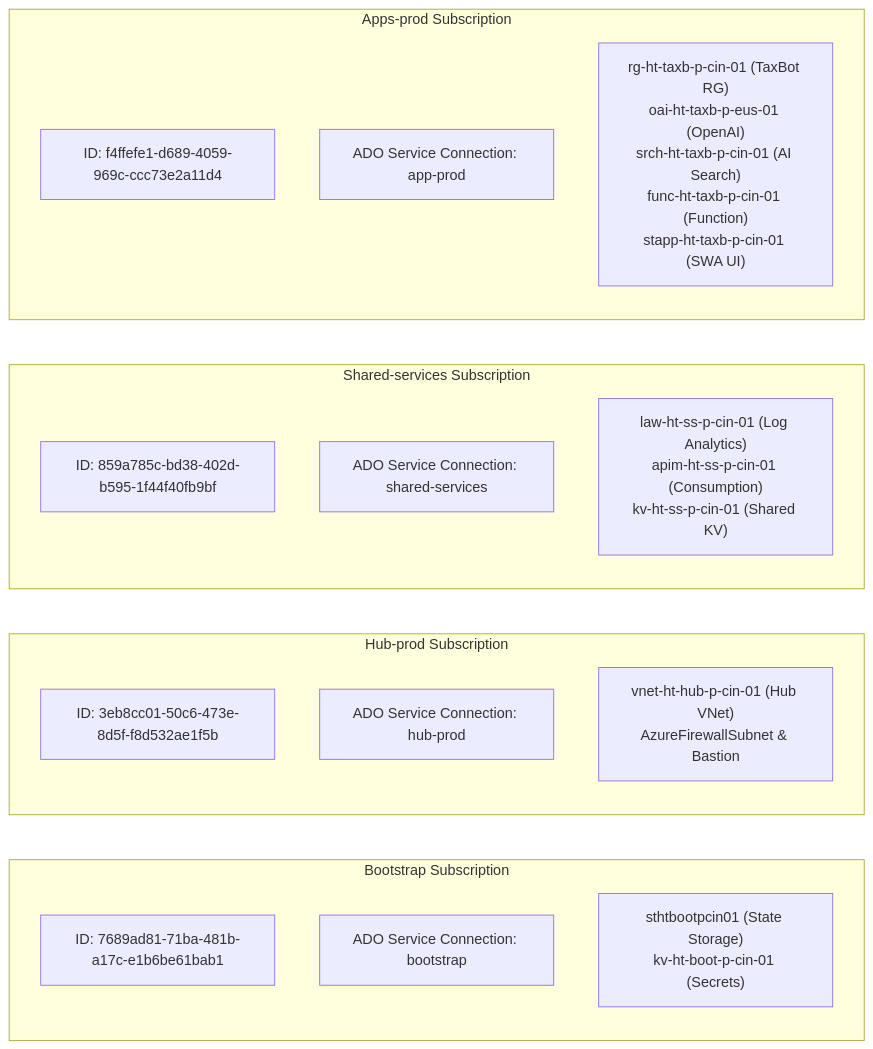
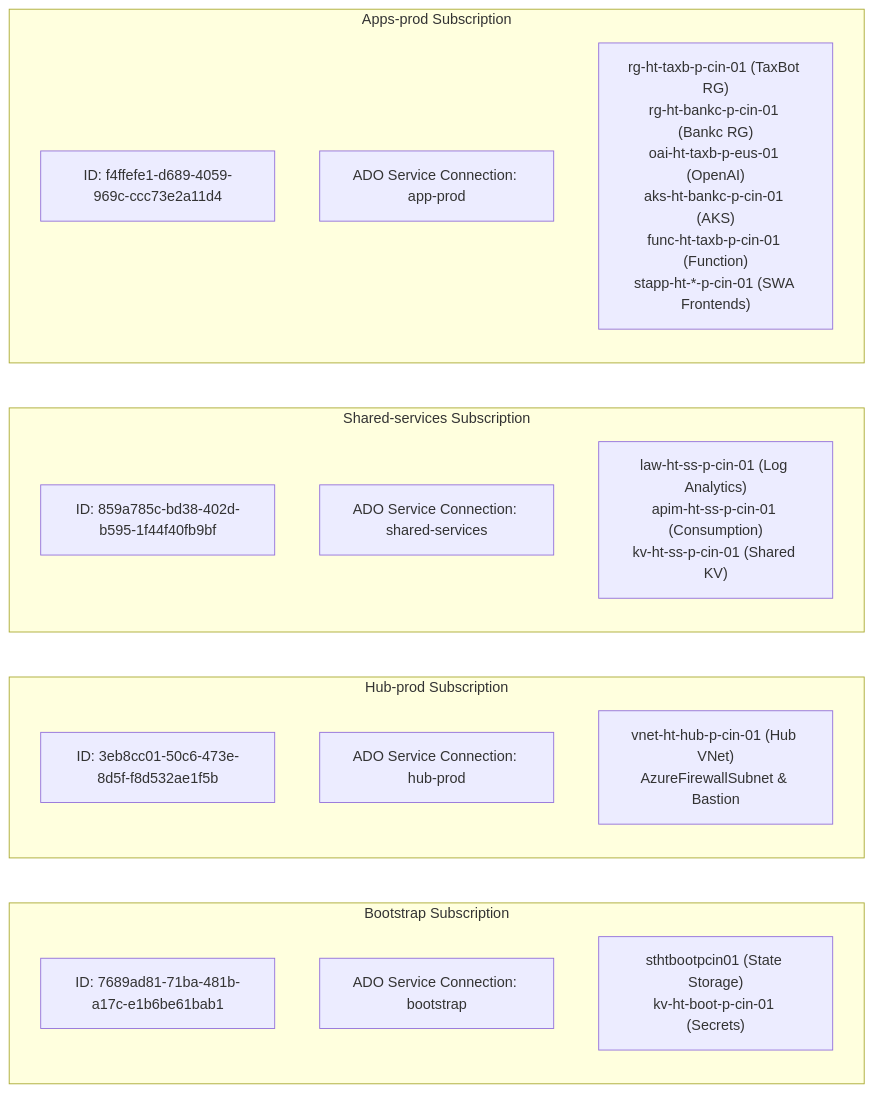
The first of 4 diagrams in docs/platform-guide/01-platform-overview.md (RepoCodeGanesh/terraform-azure-iac), drawn with Mermaid before and after one commit. The commit also changed other lines of this file and 14 other files, not shown here.

````diff
--- a/docs/platform-guide/01-platform-overview.md
+++ b/docs/platform-guide/01-platform-overview.md
@@ -19,30 +19,30 @@
 ```mermaid
 flowchart LR
     subgraph Bootstrap ["Bootstrap Subscription"]
         direction TB
         B_ID["ID: 7689ad81-71ba-481b-a17c-e1b6be61bab1"]
         B_SC["ADO Service Connection: bootstrap"]
         B_RES["sthtbootpcin01 (State Storage)<br>kv-ht-boot-p-cin-01 (Secrets)"]
     end
 
     subgraph Hub ["Hub-prod Subscription"]
         direction TB
         H_ID["ID: 3eb8cc01-50c6-473e-8d5f-f8d532ae1f5b"]
         H_SC["ADO Service Connection: hub-prod"]
         H_RES["vnet-ht-hub-p-cin-01 (Hub VNet)<br>AzureFirewallSubnet & Bastion"]
     end
 
     subgraph Shared ["Shared-services Subscription"]
         direction TB
         S_ID["ID: 859a785c-bd38-402d-b595-1f44f40fb9bf"]
         S_SC["ADO Service Connection: shared-services"]
         S_RES["law-ht-ss-p-cin-01 (Log Analytics)<br>apim-ht-ss-p-cin-01 (Consumption)<br>kv-ht-ss-p-cin-01 (Shared KV)"]
     end
 
     subgraph Apps ["Apps-prod Subscription"]
         direction TB
         A_ID["ID: f4ffefe1-d689-4059-969c-ccc73e2a11d4"]
         A_SC["ADO Service Connection: app-prod"]
-        A_RES["rg-ht-taxb-p-cin-01 (TaxBot RG)<br>oai-ht-taxb-p-eus-01 (OpenAI)<br>srch-ht-taxb-p-cin-01 (AI Search)<br>func-ht-taxb-p-cin-01 (Function)<br>stapp-ht-taxb-p-cin-01 (SWA UI)"]
+        A_RES["rg-ht-taxb-p-cin-01 (TaxBot RG)<br>rg-ht-bankc-p-cin-01 (Bankc RG)<br>oai-ht-taxb-p-eus-01 (OpenAI)<br>aks-ht-bankc-p-cin-01 (AKS)<br>func-ht-taxb-p-cin-01 (Function)<br>stapp-ht-*-p-cin-01 (SWA Frontends)"]
     end
 ```
````
